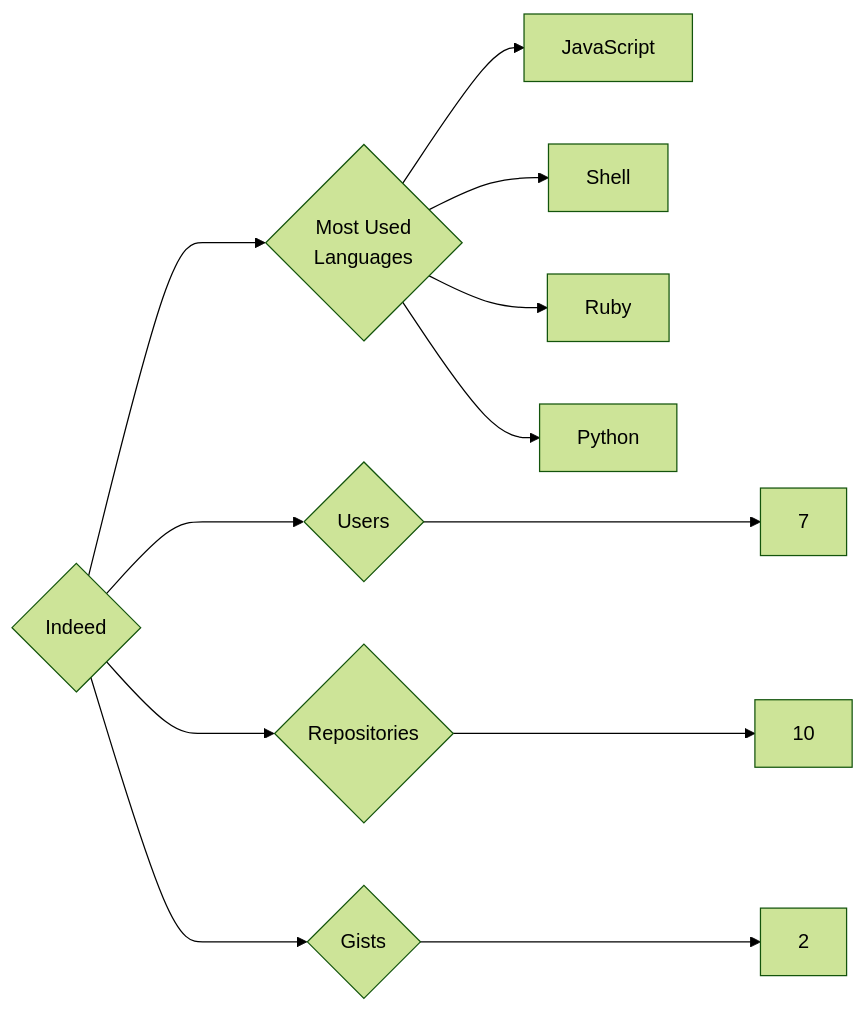
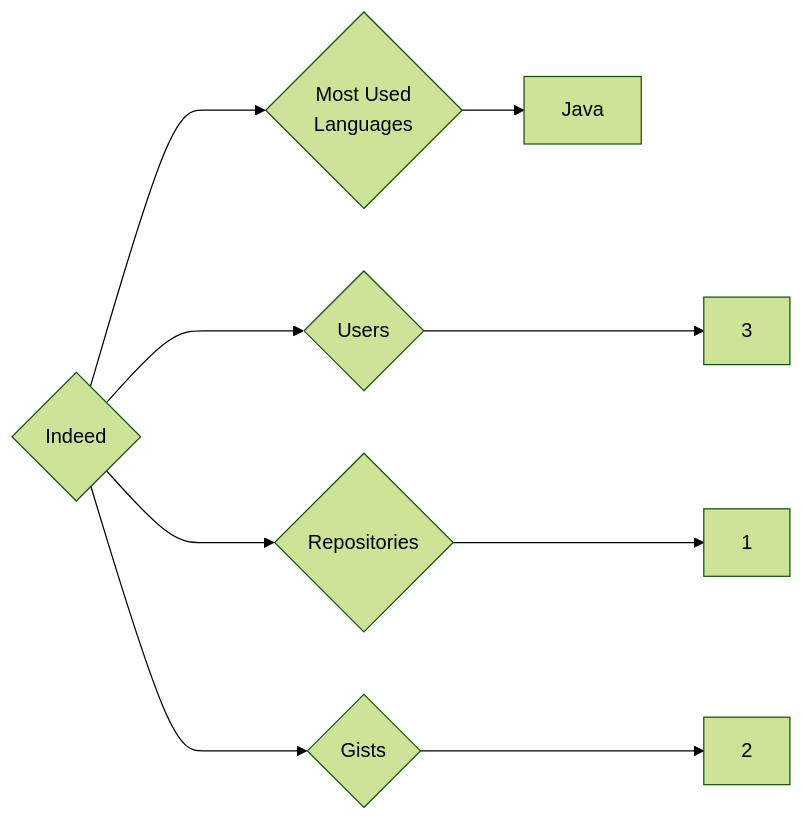
Before and after one commit to trickest/insiders: the diagram in targets/Indeed/README.md, drawn with Mermaid (forest theme). The commit also changed 899 other files, not shown here.

````diff
--- a/targets/Indeed/README.md
+++ b/targets/Indeed/README.md
@@ -3,12 +3,9 @@
 ```mermaid
 graph LR
 COMPANY_NAME{Indeed}
-COMPANY_NAME ---> U{Users} ---> UN[7]
-COMPANY_NAME ---> R{Repositories} ---> RN[10]
+COMPANY_NAME ---> U{Users} ---> UN[3]
+COMPANY_NAME ---> R{Repositories} ---> RN[1]
 COMPANY_NAME ---> G{Gists} ---> GN[2]
 COMPANY_NAME ---> ML{Most Used<br>Languages}
-ML --> JavaScript[JavaScript]
-ML --> Shell[Shell]
-ML --> Ruby[Ruby]
-ML --> Python[Python]
+ML --> Java[Java]
 ```
````
